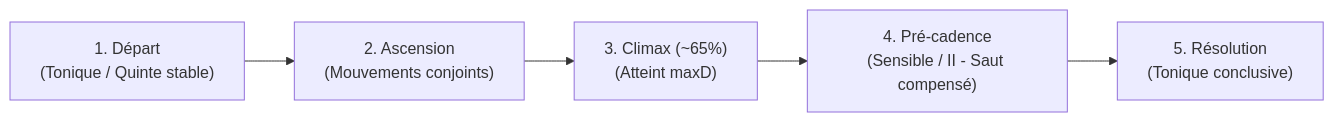
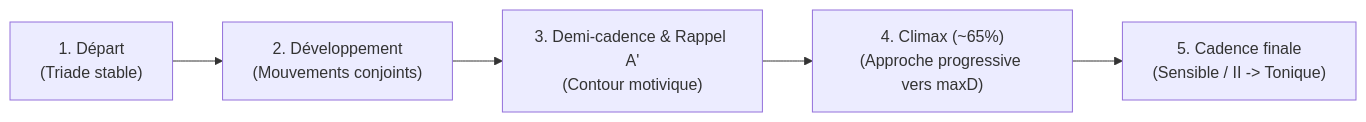
The third of 4 diagrams in ALGORITHME.md (antoineb75/music-generator-sightreading), drawn with Mermaid before and after one commit. The commit also changed other lines of this file, not shown here.

Commit message:
docs: update ALGORITHME.md to document Python API and music21 architecture

````diff
--- a/ALGORITHME.md
+++ b/ALGORITHME.md
@@ -157,7 +125,7 @@
 ```mermaid
 flowchart LR
-    M1["1. Départ<br/>(Tonique / Quinte stable)"] --> M2["2. Ascension<br/>(Mouvements conjoints)"]
-    M2 --> M3["3. Climax (~65%)<br/>(Atteint maxD)"]
-    M3 --> M4["4. Pré-cadence<br/>(Sensible / II - Saut compensé)"]
-    M4 --> M5["5. Résolution<br/>(Tonique conclusive)"]
+    M1["1. Départ<br/>(Triade stable)"] --> M2["2. Développement<br/>(Mouvements conjoints)"]
+    M2 --> M3["3. Demi-cadence & Rappel A'<br/>(Contour motivique)"]
+    M3 --> M4["4. Climax (~65%)<br/>(Approche progressive vers maxD)"]
+    M4 --> M5["5. Cadence finale<br/>(Sensible / II -> Tonique)"]
 ```
````
